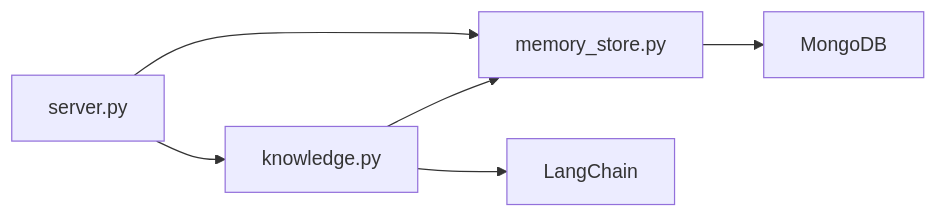
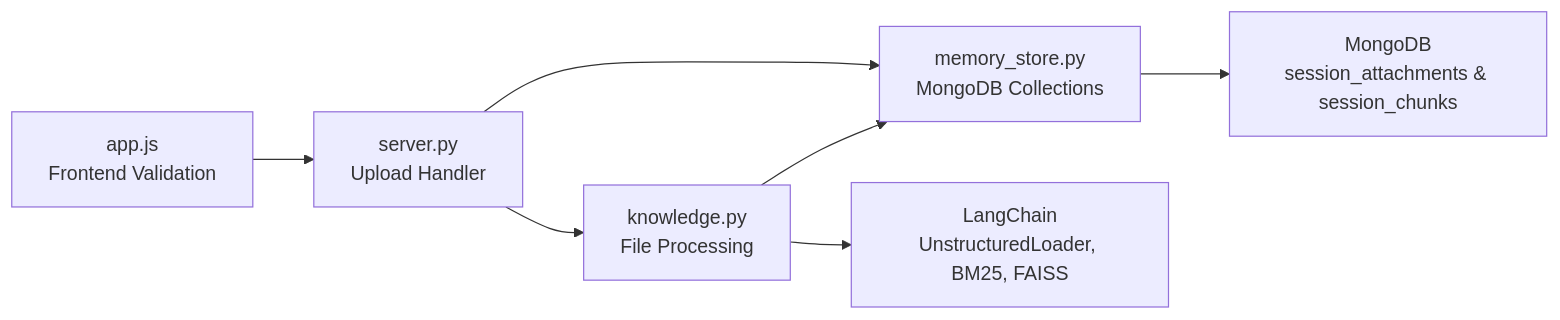
The seventh of 7 diagrams in .qoder/repowiki/en/content/Backend Components/Memory Management and Persistence/Attachment and File Management.md (Sovetsky-Soyuz/AI-Assistant), drawn with Mermaid before and after one commit. The commit also changed other lines of this file and 14 other files, not shown here.

````diff
--- a/.qoder/repowiki/en/content/Backend Components/Memory Management and Persistence/Attachment and File Management.md
+++ b/.qoder/repowiki/en/content/Backend Components/Memory Management and Persistence/Attachment and File Management.md
@@ -318,8 +346,9 @@
 ```mermaid
 graph LR
-SV["server.py"] --> MS["memory_store.py"]
-SV --> KGS["knowledge.py"]
-MS --> DB["MongoDB"]
+SV["server.py<br/>Upload Handler"] --> MS["memory_store.py<br/>MongoDB Collections"]
+SV --> KGS["knowledge.py<br/>File Processing"]
+MS --> DB["MongoDB<br/>session_attachments & session_chunks"]
 KGS --> MS
-KGS --> LC["LangChain"]
+KGS --> LC["LangChain<br/>UnstructuredLoader, BM25, FAISS"]
+FE["app.js<br/>Frontend Validation"] --> SV
 ```
````
